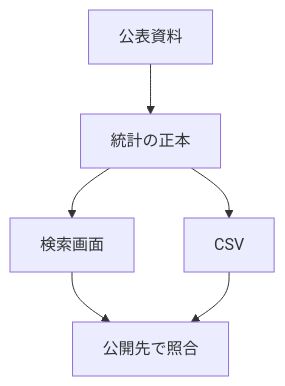
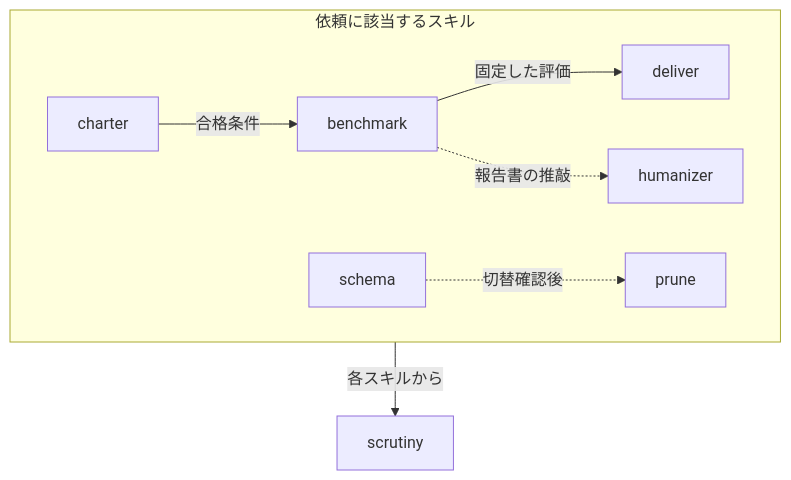
One commit to KAFKA2306/kafstyler changed the diagram in README.md. Above: the diagram before and after it, drawn with Mermaid. The commit also changed other lines of this file and 6 other files, not shown here.

First line of the commit message:
スキル連携を図示し、試用できる入口を成果と一緒に渡す

````diff
--- a/README.md
+++ b/README.md
@@ -46,10 +52,12 @@
 ```mermaid
 flowchart TD
-    accTitle: 公表統計の正本と公開物
-    accDescr: 公表資料を取り込んで正本を更新し、同じ正本から検索画面とCSVを生成する。両方を公開先で照合する。
-    source["公表資料"] --> record["統計の正本"]
-    record --> web["検索画面"]
-    record --> csv["CSV"]
-    web --> check["公開先で照合"]
-    csv --> check
+    accTitle: Kafstylerのスキルの連携
+    accDescr: charterの合格条件からbenchmarkが評価を固定し、deliverが実物に適用する。報告書ではhumanizer、正本への切り替えを確認した後はpruneと連携する。各スキルは担当工程でscrutinyを使う。
+    subgraph work["依頼に該当するスキル"]
+        charter["charter"] -->|"合格条件"| benchmark["benchmark"]
+        benchmark -->|"固定した評価"| deliver["deliver"]
+        benchmark -. 報告書の推敲 .-> humanizer["humanizer"]
+        schema["schema"] -. 切替確認後 .-> prune["prune"]
+    end
+    work -->|"各スキルから"| scrutiny["scrutiny"]
 ```
````
